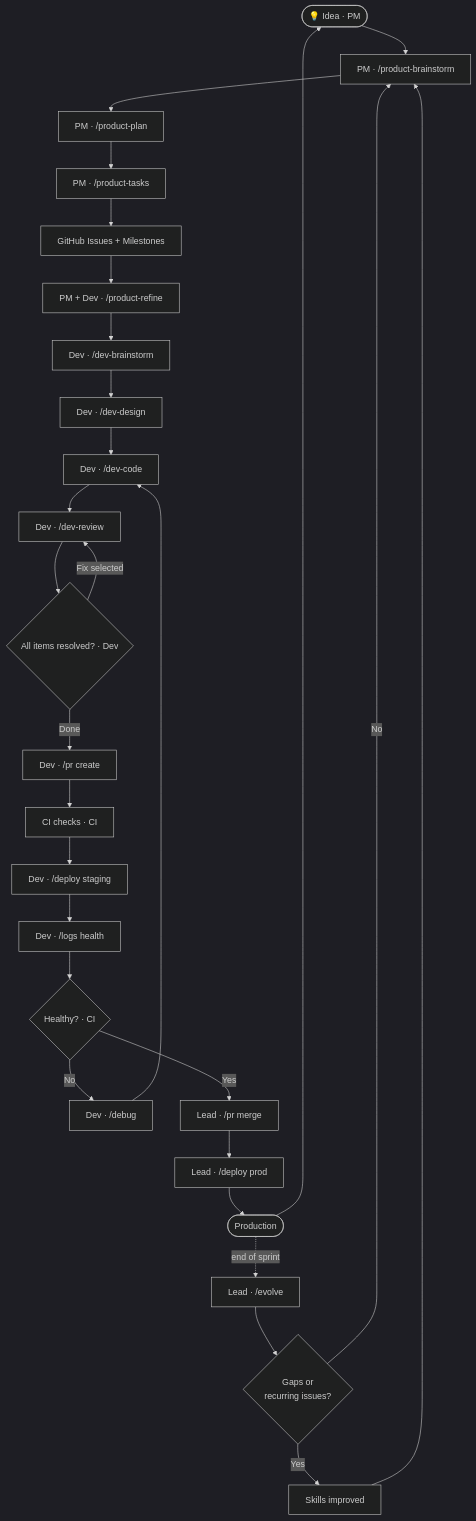
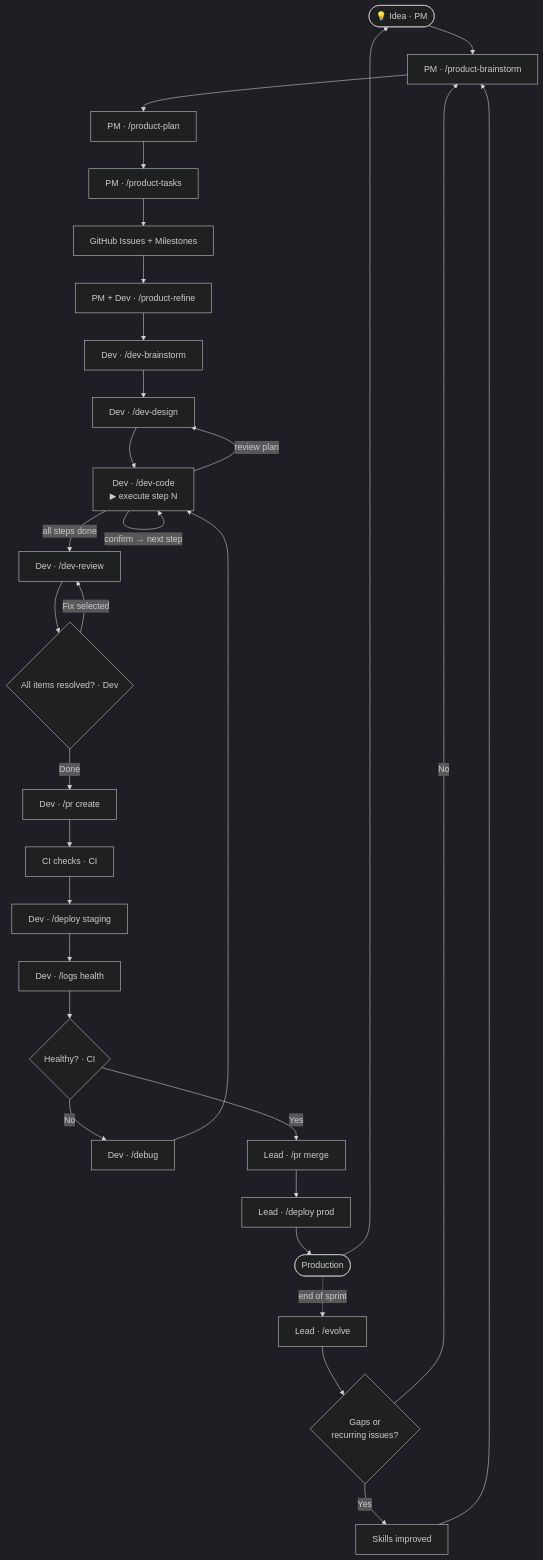
One commit to manikumarkv/devrunway-claude-plugin changed the first of 13 diagrams in README.md. Above: the diagram before and after it, drawn with Mermaid (dark theme). The commit also changed other lines of this file, not shown here.

First line of the commit message:
docs(readme): show /dev-code as a step loop in both SDLC diagrams

````diff
--- a/README.md
+++ b/README.md
@@ -19,30 +19,32 @@
 ```mermaid
 flowchart TD
     A(["💡 Idea · PM"]) --> B["PM · /product-brainstorm"]
     B --> C["PM · /product-plan"]
     C --> D["PM · /product-tasks"]
     D --> E[GitHub Issues + Milestones]
     E --> F["PM + Dev · /product-refine"]
     F --> G["Dev · /dev-brainstorm"]
     G --> H["Dev · /dev-design"]
-    H --> I["Dev · /dev-code"]
-    I --> J["Dev · /dev-review"]
+    H --> I["Dev · /dev-code\n▶ execute step N"]
+    I -->|"confirm → next step"| I
+    I -->|"review plan"| H
+    I -->|"all steps done"| J["Dev · /dev-review"]
     J --> K{All items resolved? · Dev}
     K -- Fix selected --> J
     K -- Done --> L["Dev · /pr create"]
     L --> M[CI checks · CI]
     M --> N["Dev · /deploy staging"]
     N --> O["Dev · /logs health"]
     O --> P{Healthy? · CI}
     P -- No --> Q["Dev · /debug"]
     Q --> I
     P -- Yes --> R["Lead · /pr merge"]
     R --> S["Lead · /deploy prod"]
     S --> T([Production])
     T --> A
     T -.->|"end of sprint"| U["Lead · /evolve"]
     U --> V{Gaps or\nrecurring issues?}
     V -- Yes --> W[Skills improved]
     W --> B
     V -- No --> B
 ```
````
